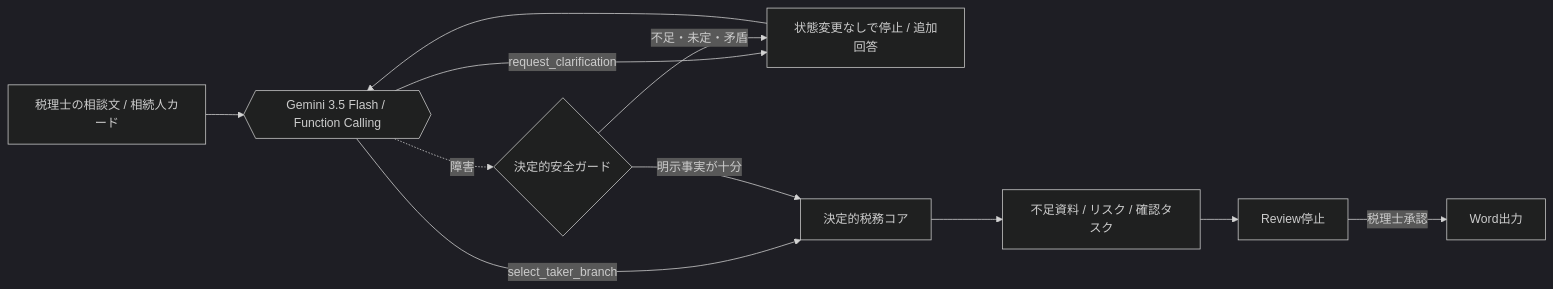
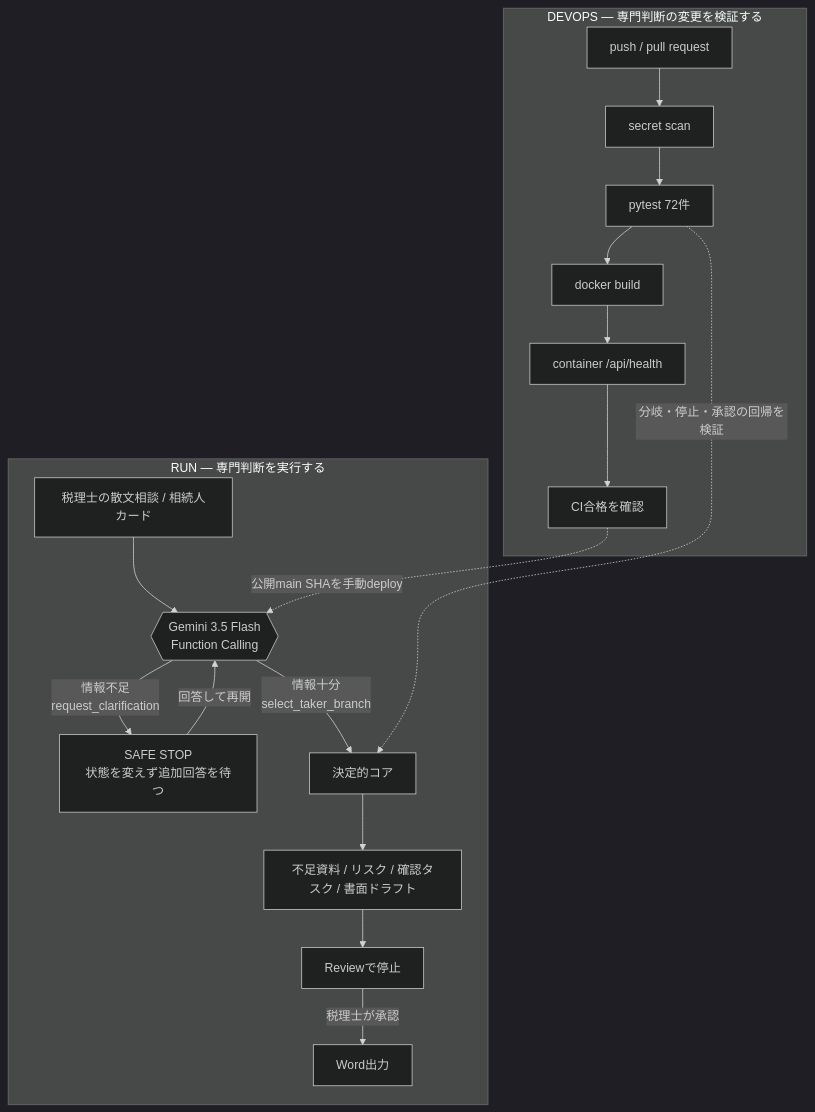
The diagram in docs/protopedia_replacement.md (souzoku-lab/souzoku-shield), drawn with Mermaid (dark theme) before and after one commit. The commit also changed other lines of this file and 6 other files, not shown here.

````diff
--- a/docs/protopedia_replacement.md
+++ b/docs/protopedia_replacement.md
@@ -31,13 +51,23 @@
 ```mermaid
-flowchart LR
-    U[税理士の相談文 / 相続人カード] --> G{{Gemini 3.5 Flash / Function Calling}}
-    G -->|request_clarification| Q[状態変更なしで停止 / 追加回答]
-    Q --> G
-    G -->|select_taker_branch| C[決定的税務コア]
-    G -. 障害 .-> F{決定的安全ガード}
-    F -->|明示事実が十分| C
-    F -->|不足・未定・矛盾| Q
-    C --> D[不足資料 / リスク / 確認タスク]
-    D --> R[Review停止]
-    R -->|税理士承認| W[Word出力]
+flowchart TB
+    subgraph RUN[RUN — 専門判断を実行する]
+        U[税理士の散文相談 / 相続人カード] --> G{{Gemini 3.5 Flash<br/>Function Calling}}
+        G -->|情報不足<br/>request_clarification| Q[SAFE STOP<br/>状態を変えず追加回答を待つ]
+        Q -->|回答して再開| G
+        G -->|情報十分<br/>select_taker_branch| C[決定的コア]
+        C --> D[不足資料 / リスク / 確認タスク / 書面ドラフト]
+        D --> R[Reviewで停止]
+        R -->|税理士が承認| W[Word出力]
+    end
+
+    subgraph DEVOPS[DEVOPS — 専門判断の変更を検証する]
+        P[push / pull request] --> S[secret scan]
+        S --> T[pytest 72件]
+        T --> B[docker build]
+        B --> H[container /api/health]
+        H --> M[CI合格を確認]
+    end
+
+    T -. 分岐・停止・承認の回帰を検証 .-> C
+    M -. 公開main SHAを手動deploy .-> G
 ```
````
